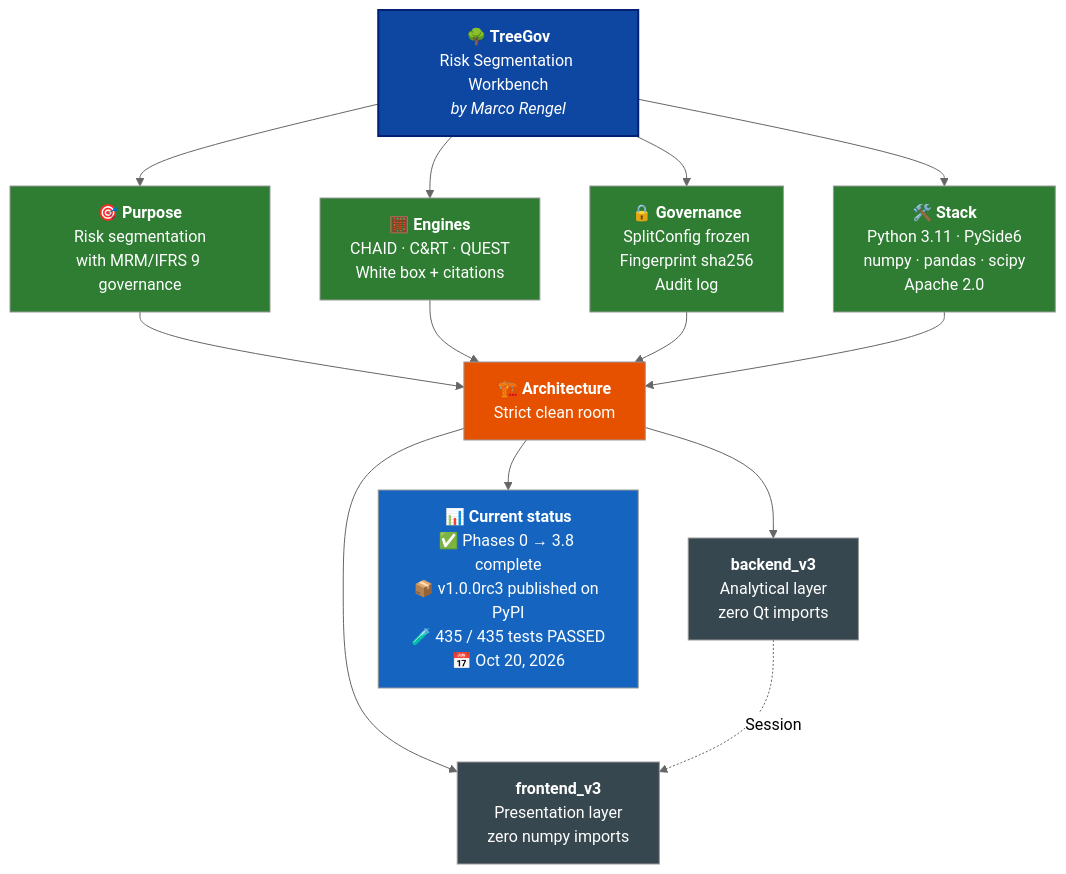
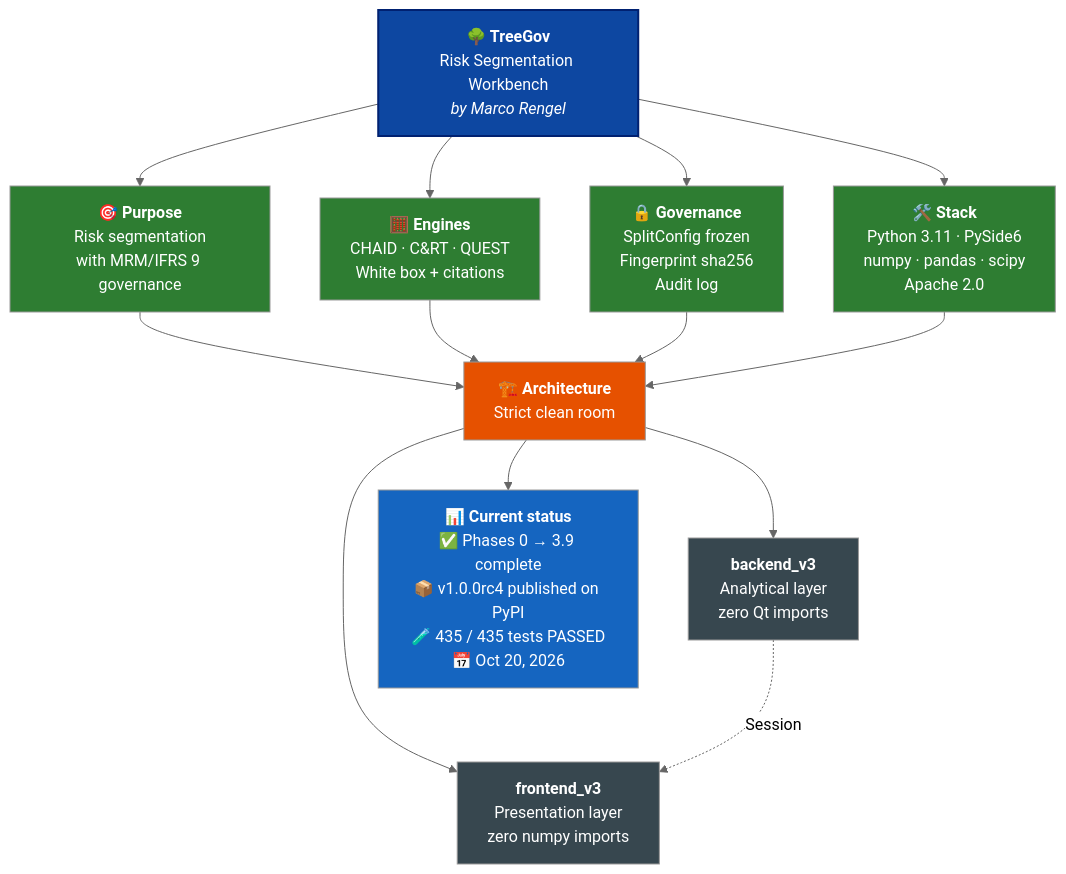
Before and after one commit to Marco-Rengel/treegov: the diagram in README.md, drawn with Mermaid (neutral theme). The commit also changed other lines of this file and 7 other files, not shown here.

````diff
--- a/README.md
+++ b/README.md
@@ -36,31 +36,31 @@
 ```mermaid
 flowchart TB
     TG["<b>🌳 TreeGov</b><br/>Risk Segmentation Workbench<br/><i>by Marco Rengel</i>"]
 
     TG --> P["<b>🎯 Purpose</b><br/>Risk segmentation<br/>with MRM/IFRS 9 governance"]
     TG --> M["<b>🧮 Engines</b><br/>CHAID · C&RT · QUEST<br/>White box + citations"]
     TG --> G["<b>🔒 Governance</b><br/>SplitConfig frozen<br/>Fingerprint sha256<br/>Audit log"]
     TG --> S["<b>🛠️ Stack</b><br/>Python 3.11 · PySide6<br/>numpy · pandas · scipy<br/>Apache 2.0"]
 
     P --> ARQ["<b>🏗️ Architecture</b><br/>Strict clean room"]
     M --> ARQ
     G --> ARQ
     S --> ARQ
 
     ARQ --> BE["<b>backend_v3</b><br/>Analytical layer<br/>zero Qt imports"]
     ARQ --> FE["<b>frontend_v3</b><br/>Presentation layer<br/>zero numpy imports"]
 
     BE -.->|Session| FE
 
-    ARQ --> ST["<b>📊 Current status</b><br/>✅ Phases 0 → 3.8 complete<br/>📦 v1.0.0rc3 published on PyPI<br/>🧪 435 / 435 tests PASSED<br/>📅 Oct 20, 2026"]
+    ARQ --> ST["<b>📊 Current status</b><br/>✅ Phases 0 → 3.9 complete<br/>📦 v1.0.0rc4 published on PyPI<br/>🧪 435 / 435 tests PASSED<br/>📅 Oct 20, 2026"]
 
     style TG fill:#0D47A1,color:#fff,stroke:#002171,stroke-width:2px
     style P fill:#2E7D32,color:#fff
     style M fill:#2E7D32,color:#fff
     style G fill:#2E7D32,color:#fff
     style S fill:#2E7D32,color:#fff
     style ARQ fill:#E65100,color:#fff
     style BE fill:#37474F,color:#fff
     style FE fill:#37474F,color:#fff
     style ST fill:#1565C0,color:#fff
 ```
````
